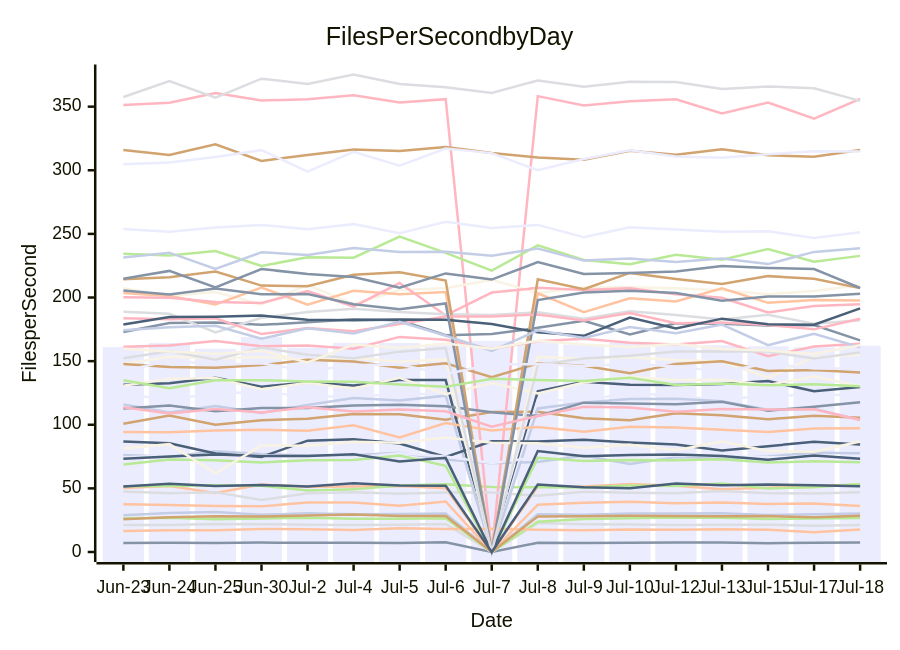
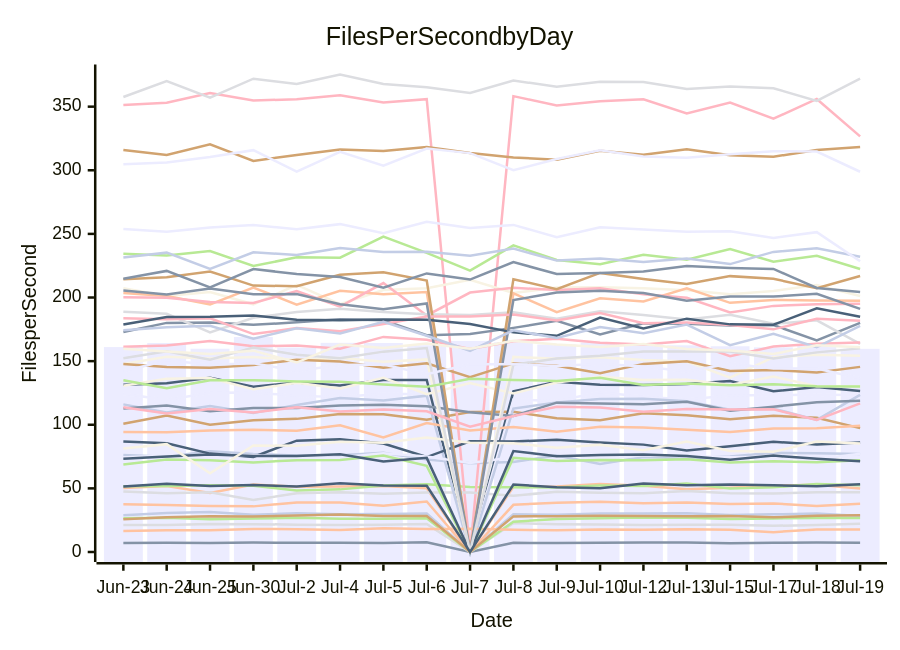
Before and after one commit to streetsidesoftware/cspell: the diagram in perf-report.md, drawn with Mermaid. The commit also changed other lines of this file and 1 other file, not shown here.

````diff
--- a/perf-report.md
+++ b/perf-report.md
@@ -10,57 +10,57 @@
 ```mermaid
 xychart-beta
     title Files Per Second by Day
     y-axis Files per Second
-    x-axis Date [Jun-23, Jun-24, Jun-25, Jun-30, Jul-2, Jul-4, Jul-5, Jul-6, Jul-7, Jul-8, Jul-9, Jul-10, Jul-12, Jul-13, Jul-15, Jul-17, Jul-18]
-    bar [161.06, 164.28, 159.75, 168.95, 160.66, 164.38, 164.27, 162.48, 165.90, 164.83, 163.05, 164.68, 163.19, 162.43, 161.66, 160.81, 162.11]
-    line [7.12, 7.22, 7.17, 7.37, 7.23, 7.36, 6.99, 7.61, 0.00, 7.24, 7.01, 7.27, 7.49, 7.49, 6.93, 7.35, 7.41]
-    line [50.23, 51.87, 46.40, 53.06, 51.19, 51.40, 51.86, 50.10, 0.00, 51.21, 51.39, 53.37, 51.98, 49.24, 50.53, 52.10, 52.76]
-    line [21.30, 21.15, 22.00, 21.90, 21.51, 21.13, 21.43, 22.00, 0.00, 22.72, 21.87, 21.57, 21.20, 21.36, 21.51, 20.58, 21.30]
-    line [51.73, 51.82, 52.39, 52.00, 48.43, 49.22, 52.34, 53.26, 51.10, 50.86, 50.66, 52.36, 51.79, 53.82, 50.00, 50.85, 53.53]
-    line [100.84, 107.27, 100.09, 103.62, 104.63, 108.43, 108.27, 103.96, 110.08, 110.20, 105.06, 103.60, 109.02, 107.38, 104.33, 107.04, 105.42]
-    line [76.22, 74.88, 79.14, 76.99, 75.88, 76.09, 78.08, 72.78, 69.82, 70.79, 75.77, 69.10, 74.66, 73.66, 75.08, 77.97, 77.53]
-    line [351.35, 353.13, 360.69, 354.83, 355.80, 359.03, 353.22, 355.88, 0.00, 358.26, 350.93, 354.34, 355.82, 344.62, 353.27, 340.52, 356.06]
-    line [131.39, 132.60, 136.92, 129.95, 133.16, 130.87, 135.23, 135.13, 0.00, 126.22, 133.87, 131.35, 131.34, 131.95, 134.40, 126.35, 129.62]
-    line [207.28, 201.26, 204.34, 194.65, 210.00, 194.85, 205.89, 207.36, 213.92, 203.52, 207.94, 208.03, 207.20, 205.62, 202.63, 205.11, 209.83]
-    line [124.29, 119.55, 125.16, 125.39, 122.70, 121.73, 124.30, 123.97, 0.00, 119.80, 118.70, 125.49, 121.97, 119.76, 122.93, 123.39, 123.52]
-    line [172.84, 180.05, 180.38, 178.52, 180.47, 182.90, 182.10, 170.31, 171.39, 176.15, 181.65, 170.98, 179.72, 179.37, 178.07, 178.35, 166.36]
-    line [203.46, 201.26, 194.60, 207.89, 194.40, 205.29, 202.49, 204.26, 0.00, 203.31, 188.55, 199.47, 196.87, 207.15, 195.83, 198.09, 197.68]
-    line [47.61, 46.18, 46.86, 40.79, 46.17, 47.03, 45.86, 46.70, 46.74, 44.23, 47.36, 46.58, 46.27, 47.99, 46.18, 45.89, 46.88]
-    line [26.60, 26.95, 25.71, 26.35, 26.84, 26.11, 26.06, 26.52, 0.00, 23.76, 25.86, 26.61, 27.13, 26.83, 25.90, 26.40, 26.69]
-    line [316.02, 312.10, 320.45, 307.34, 312.08, 316.35, 315.20, 318.22, 313.66, 310.11, 308.24, 315.35, 312.26, 316.54, 311.74, 310.63, 315.98]
-    line [116.01, 109.65, 114.81, 109.29, 115.47, 121.09, 119.06, 122.86, 0.00, 112.77, 117.49, 120.30, 120.41, 118.48, 111.84, 112.66, 103.82]
-    line [200.19, 199.73, 196.39, 195.67, 205.11, 192.90, 211.35, 185.93, 203.88, 207.58, 205.87, 207.35, 202.66, 199.84, 188.27, 193.42, 194.63]
-    line [86.88, 85.49, 77.34, 74.76, 87.51, 88.59, 85.26, 74.62, 86.95, 86.80, 88.24, 86.00, 84.39, 79.74, 83.17, 86.61, 84.55]
-    line [130.59, 136.24, 136.67, 127.99, 132.91, 128.52, 136.97, 123.97, 132.77, 124.67, 133.15, 137.66, 135.26, 135.39, 131.25, 137.83, 130.35]
-    line [74.26, 76.13, 73.45, 76.23, 74.07, 74.35, 77.62, 75.07, 70.03, 74.46, 78.13, 73.01, 75.98, 75.26, 74.39, 74.57, 72.87]
-    line [112.71, 115.12, 110.67, 113.20, 113.18, 115.07, 115.63, 114.45, 109.79, 106.87, 117.37, 116.66, 116.21, 118.14, 111.02, 114.16, 117.75]
-    line [94.35, 94.02, 95.44, 96.15, 95.34, 99.55, 90.07, 101.41, 95.54, 98.21, 94.52, 98.50, 97.78, 96.17, 94.33, 97.04, 97.24]
-    line [188.80, 187.17, 172.53, 184.06, 188.67, 191.18, 188.53, 186.82, 186.30, 188.38, 183.25, 189.14, 186.31, 182.67, 186.39, 179.31, 182.07]
-    line [234.34, 233.01, 236.58, 224.78, 231.59, 231.28, 247.94, 235.03, 221.17, 240.95, 229.51, 226.18, 233.66, 229.73, 238.10, 228.16, 232.72]
-    line [214.37, 216.02, 220.47, 209.37, 208.94, 217.94, 219.88, 213.33, 0.00, 214.36, 206.61, 219.33, 214.62, 210.58, 216.81, 214.69, 207.39]
-    line [28.80, 30.64, 31.41, 29.25, 30.37, 29.62, 29.89, 30.35, 0.00, 29.68, 29.34, 30.24, 30.35, 30.53, 29.15, 29.59, 30.29]
-    line [183.71, 182.95, 183.62, 171.28, 176.05, 173.54, 179.14, 185.15, 184.99, 186.71, 181.92, 187.82, 179.82, 180.43, 178.37, 174.98, 183.26]
-    line [178.80, 184.67, 184.84, 185.79, 182.56, 182.17, 182.82, 182.50, 179.12, 172.62, 169.88, 184.28, 175.71, 183.39, 178.90, 178.60, 191.51]
-    line [147.83, 153.51, 152.15, 153.26, 150.82, 152.56, 149.61, 151.37, 0.00, 153.34, 151.79, 153.10, 150.91, 149.71, 136.98, 153.14, 154.96]
-    line [304.83, 306.07, 310.41, 315.81, 298.93, 314.56, 303.69, 317.11, 313.48, 300.01, 308.91, 315.76, 310.85, 309.84, 312.53, 315.03, 314.69]
-    line [214.79, 220.92, 207.92, 222.39, 218.49, 216.06, 207.77, 218.95, 214.11, 227.80, 218.56, 219.23, 220.42, 224.78, 223.29, 222.43, 207.49]
-    line [16.59, 17.11, 17.00, 18.16, 17.94, 17.30, 18.64, 18.07, 18.36, 17.45, 17.16, 17.77, 17.48, 17.96, 17.52, 15.60, 17.77]
-    line [357.60, 370.08, 357.07, 371.96, 367.90, 375.27, 367.85, 365.20, 360.83, 370.59, 365.59, 369.56, 369.35, 363.79, 365.85, 364.51, 354.54]
-    line [68.82, 72.77, 72.13, 70.38, 72.17, 72.40, 75.76, 67.72, 0.00, 74.05, 71.58, 72.37, 72.08, 72.80, 70.30, 71.38, 70.52]
-    line [147.78, 145.47, 144.87, 146.87, 151.06, 149.73, 144.88, 148.36, 137.35, 148.23, 146.43, 140.41, 147.84, 149.86, 142.29, 143.07, 141.02]
-    line [231.36, 235.26, 222.40, 235.59, 233.45, 238.97, 235.75, 235.89, 232.86, 238.48, 229.00, 230.57, 227.85, 230.59, 226.26, 235.84, 238.63]
-    line [161.29, 162.24, 165.87, 161.72, 162.26, 159.82, 169.05, 166.75, 159.60, 165.64, 167.61, 164.48, 163.07, 165.84, 153.93, 161.48, 163.65]
-    line [73.34, 75.14, 76.59, 75.51, 75.45, 76.79, 71.21, 73.99, 0.00, 79.33, 75.23, 76.27, 76.63, 75.41, 72.48, 75.77, 73.22]
-    line [81.29, 84.76, 61.88, 83.73, 83.48, 86.69, 85.83, 89.91, 85.92, 85.41, 81.93, 84.31, 79.99, 86.85, 79.35, 78.74, 86.89]
-    line [253.77, 251.67, 255.05, 257.07, 253.64, 257.67, 250.47, 259.54, 254.67, 257.07, 247.35, 255.25, 253.55, 251.59, 252.00, 246.87, 251.37]
-    line [205.60, 202.43, 207.02, 202.54, 202.72, 194.67, 190.86, 195.33, 0.00, 197.97, 203.94, 205.22, 203.61, 197.40, 200.74, 200.72, 202.94]
-    line [37.48, 36.99, 36.10, 35.86, 38.94, 38.99, 36.38, 39.71, 0.00, 37.09, 38.73, 39.43, 38.35, 38.90, 37.77, 38.11, 36.22]
-    line [152.29, 157.67, 151.07, 160.69, 154.94, 152.23, 157.47, 160.32, 0.00, 147.14, 152.12, 154.25, 157.55, 157.57, 157.54, 152.05, 156.89]
-    line [135.01, 128.78, 135.00, 135.05, 134.05, 133.73, 131.56, 129.78, 136.12, 135.18, 134.44, 136.88, 131.27, 132.43, 131.04, 131.83, 130.19]
-    line [25.82, 27.29, 28.03, 27.82, 28.74, 29.48, 28.36, 28.34, 0.00, 27.98, 28.10, 28.43, 28.38, 28.02, 28.20, 27.23, 28.58]
-    line [174.24, 176.57, 177.80, 167.68, 175.75, 171.75, 180.95, 169.97, 158.13, 174.21, 168.28, 176.77, 172.02, 178.72, 162.59, 171.56, 160.94]
-    line [113.71, 108.86, 112.34, 109.73, 113.68, 110.37, 111.97, 110.64, 98.54, 106.95, 114.12, 113.53, 110.15, 112.38, 111.90, 112.10, 103.78]
-    line [51.44, 53.68, 51.84, 52.69, 51.50, 53.98, 52.25, 52.09, 0.00, 53.03, 50.88, 50.01, 53.83, 52.41, 53.08, 52.40, 51.77]
-    line [159.81, 157.56, 155.70, 158.25, 148.90, 163.02, 160.27, 163.84, 159.78, 166.09, 162.99, 161.12, 163.50, 159.47, 158.31, 155.54, 162.49]
-    line [141.81, 150.65, 147.20, 148.34, 142.33, 146.88, 147.38, 139.67, 147.57, 147.61, 146.15, 148.02, 145.81, 141.78, 148.18, 144.29, 144.20]
+    x-axis Date [Jun-23, Jun-24, Jun-25, Jun-30, Jul-2, Jul-4, Jul-5, Jul-6, Jul-7, Jul-8, Jul-9, Jul-10, Jul-12, Jul-13, Jul-15, Jul-17, Jul-18, Jul-19]
+    bar [161.06, 164.28, 159.75, 168.95, 160.66, 164.38, 164.27, 162.48, 165.90, 164.83, 163.05, 164.68, 163.19, 162.43, 161.66, 160.81, 162.11, 159.68]
+    line [7.12, 7.22, 7.17, 7.37, 7.23, 7.36, 6.99, 7.61, 0.00, 7.24, 7.01, 7.27, 7.49, 7.49, 6.93, 7.35, 7.41, 7.36]
+    line [50.23, 51.87, 46.40, 53.06, 51.19, 51.40, 51.86, 50.10, 0.00, 51.21, 51.39, 53.37, 51.98, 49.24, 50.53, 52.10, 52.76, 49.90]
+    line [21.30, 21.15, 22.00, 21.90, 21.51, 21.13, 21.43, 22.00, 0.00, 22.72, 21.87, 21.57, 21.20, 21.36, 21.51, 20.58, 21.30, 22.11]
+    line [51.73, 51.82, 52.39, 52.00, 48.43, 49.22, 52.34, 53.26, 51.10, 50.86, 50.66, 52.36, 51.79, 53.82, 50.00, 50.85, 53.53, 52.45]
+    line [100.84, 107.27, 100.09, 103.62, 104.63, 108.43, 108.27, 103.96, 110.08, 110.20, 105.06, 103.60, 109.02, 107.38, 104.33, 107.04, 105.42, 97.37]
+    line [76.22, 74.88, 79.14, 76.99, 75.88, 76.09, 78.08, 72.78, 69.82, 70.79, 75.77, 69.10, 74.66, 73.66, 75.08, 77.97, 77.53, 76.99]
+    line [351.35, 353.13, 360.69, 354.83, 355.80, 359.03, 353.22, 355.88, 0.00, 358.26, 350.93, 354.34, 355.82, 344.62, 353.27, 340.52, 356.06, 326.60]
+    line [131.39, 132.60, 136.92, 129.95, 133.16, 130.87, 135.23, 135.13, 0.00, 126.22, 133.87, 131.35, 131.34, 131.95, 134.40, 126.35, 129.62, 126.56]
+    line [207.28, 201.26, 204.34, 194.65, 210.00, 194.85, 205.89, 207.36, 213.92, 203.52, 207.94, 208.03, 207.20, 205.62, 202.63, 205.11, 209.83, 201.25]
+    line [124.29, 119.55, 125.16, 125.39, 122.70, 121.73, 124.30, 123.97, 0.00, 119.80, 118.70, 125.49, 121.97, 119.76, 122.93, 123.39, 123.52, 123.39]
+    line [172.84, 180.05, 180.38, 178.52, 180.47, 182.90, 182.10, 170.31, 171.39, 176.15, 181.65, 170.98, 179.72, 179.37, 178.07, 178.35, 166.36, 180.02]
+    line [203.46, 201.26, 194.60, 207.89, 194.40, 205.29, 202.49, 204.26, 0.00, 203.31, 188.55, 199.47, 196.87, 207.15, 195.83, 198.09, 197.68, 197.42]
+    line [47.61, 46.18, 46.86, 40.79, 46.17, 47.03, 45.86, 46.70, 46.74, 44.23, 47.36, 46.58, 46.27, 47.99, 46.18, 45.89, 46.88, 46.98]
+    line [26.60, 26.95, 25.71, 26.35, 26.84, 26.11, 26.06, 26.52, 0.00, 23.76, 25.86, 26.61, 27.13, 26.83, 25.90, 26.40, 26.69, 26.71]
+    line [316.02, 312.10, 320.45, 307.34, 312.08, 316.35, 315.20, 318.22, 313.66, 310.11, 308.24, 315.35, 312.26, 316.54, 311.74, 310.63, 315.98, 318.36]
+    line [116.01, 109.65, 114.81, 109.29, 115.47, 121.09, 119.06, 122.86, 0.00, 112.77, 117.49, 120.30, 120.41, 118.48, 111.84, 112.66, 103.82, 123.47]
+    line [200.19, 199.73, 196.39, 195.67, 205.11, 192.90, 211.35, 185.93, 203.88, 207.58, 205.87, 207.35, 202.66, 199.84, 188.27, 193.42, 194.63, 195.19]
+    line [86.88, 85.49, 77.34, 74.76, 87.51, 88.59, 85.26, 74.62, 86.95, 86.80, 88.24, 86.00, 84.39, 79.74, 83.17, 86.61, 84.55, 86.02]
+    line [130.59, 136.24, 136.67, 127.99, 132.91, 128.52, 136.97, 123.97, 132.77, 124.67, 133.15, 137.66, 135.26, 135.39, 131.25, 137.83, 130.35, 130.20]
+    line [74.26, 76.13, 73.45, 76.23, 74.07, 74.35, 77.62, 75.07, 70.03, 74.46, 78.13, 73.01, 75.98, 75.26, 74.39, 74.57, 72.87, 77.29]
+    line [112.71, 115.12, 110.67, 113.20, 113.18, 115.07, 115.63, 114.45, 109.79, 106.87, 117.37, 116.66, 116.21, 118.14, 111.02, 114.16, 117.75, 118.94]
+    line [94.35, 94.02, 95.44, 96.15, 95.34, 99.55, 90.07, 101.41, 95.54, 98.21, 94.52, 98.50, 97.78, 96.17, 94.33, 97.04, 97.24, 99.19]
+    line [188.80, 187.17, 172.53, 184.06, 188.67, 191.18, 188.53, 186.82, 186.30, 188.38, 183.25, 189.14, 186.31, 182.67, 186.39, 179.31, 182.07, 163.63]
+    line [234.34, 233.01, 236.58, 224.78, 231.59, 231.28, 247.94, 235.03, 221.17, 240.95, 229.51, 226.18, 233.66, 229.73, 238.10, 228.16, 232.72, 222.45]
+    line [214.37, 216.02, 220.47, 209.37, 208.94, 217.94, 219.88, 213.33, 0.00, 214.36, 206.61, 219.33, 214.62, 210.58, 216.81, 214.69, 207.39, 216.87]
+    line [28.80, 30.64, 31.41, 29.25, 30.37, 29.62, 29.89, 30.35, 0.00, 29.68, 29.34, 30.24, 30.35, 30.53, 29.15, 29.59, 30.29, 28.39]
+    line [183.71, 182.95, 183.62, 171.28, 176.05, 173.54, 179.14, 185.15, 184.99, 186.71, 181.92, 187.82, 179.82, 180.43, 178.37, 174.98, 183.26, 181.75]
+    line [178.80, 184.67, 184.84, 185.79, 182.56, 182.17, 182.82, 182.50, 179.12, 172.62, 169.88, 184.28, 175.71, 183.39, 178.90, 178.60, 191.51, 184.82]
+    line [147.83, 153.51, 152.15, 153.26, 150.82, 152.56, 149.61, 151.37, 0.00, 153.34, 151.79, 153.10, 150.91, 149.71, 136.98, 153.14, 154.96, 154.20]
+    line [304.83, 306.07, 310.41, 315.81, 298.93, 314.56, 303.69, 317.11, 313.48, 300.01, 308.91, 315.76, 310.85, 309.84, 312.53, 315.03, 314.69, 298.84]
+    line [214.79, 220.92, 207.92, 222.39, 218.49, 216.06, 207.77, 218.95, 214.11, 227.80, 218.56, 219.23, 220.42, 224.78, 223.29, 222.43, 207.49, 204.37]
+    line [16.59, 17.11, 17.00, 18.16, 17.94, 17.30, 18.64, 18.07, 18.36, 17.45, 17.16, 17.77, 17.48, 17.96, 17.52, 15.60, 17.77, 17.62]
+    line [357.60, 370.08, 357.07, 371.96, 367.90, 375.27, 367.85, 365.20, 360.83, 370.59, 365.59, 369.56, 369.35, 363.79, 365.85, 364.51, 354.54, 371.95]
+    line [68.82, 72.77, 72.13, 70.38, 72.17, 72.40, 75.76, 67.72, 0.00, 74.05, 71.58, 72.37, 72.08, 72.80, 70.30, 71.38, 70.52, 72.10]
+    line [147.78, 145.47, 144.87, 146.87, 151.06, 149.73, 144.88, 148.36, 137.35, 148.23, 146.43, 140.41, 147.84, 149.86, 142.29, 143.07, 141.02, 145.49]
+    line [231.36, 235.26, 222.40, 235.59, 233.45, 238.97, 235.75, 235.89, 232.86, 238.48, 229.00, 230.57, 227.85, 230.59, 226.26, 235.84, 238.63, 232.07]
+    line [161.29, 162.24, 165.87, 161.72, 162.26, 159.82, 169.05, 166.75, 159.60, 165.64, 167.61, 164.48, 163.07, 165.84, 153.93, 161.48, 163.65, 164.56]
+    line [73.34, 75.14, 76.59, 75.51, 75.45, 76.79, 71.21, 73.99, 0.00, 79.33, 75.23, 76.27, 76.63, 75.41, 72.48, 75.77, 73.22, 71.33]
+    line [81.29, 84.76, 61.88, 83.73, 83.48, 86.69, 85.83, 89.91, 85.92, 85.41, 81.93, 84.31, 79.99, 86.85, 79.35, 78.74, 86.89, 85.18]
+    line [253.77, 251.67, 255.05, 257.07, 253.64, 257.67, 250.47, 259.54, 254.67, 257.07, 247.35, 255.25, 253.55, 251.59, 252.00, 246.87, 251.37, 228.56]
+    line [205.60, 202.43, 207.02, 202.54, 202.72, 194.67, 190.86, 195.33, 0.00, 197.97, 203.94, 205.22, 203.61, 197.40, 200.74, 200.72, 202.94, 191.10]
+    line [37.48, 36.99, 36.10, 35.86, 38.94, 38.99, 36.38, 39.71, 0.00, 37.09, 38.73, 39.43, 38.35, 38.90, 37.77, 38.11, 36.22, 37.89]
+    line [152.29, 157.67, 151.07, 160.69, 154.94, 152.23, 157.47, 160.32, 0.00, 147.14, 152.12, 154.25, 157.55, 157.57, 157.54, 152.05, 156.89, 160.03]
+    line [135.01, 128.78, 135.00, 135.05, 134.05, 133.73, 131.56, 129.78, 136.12, 135.18, 134.44, 136.88, 131.27, 132.43, 131.04, 131.83, 130.19, 130.13]
+    line [25.82, 27.29, 28.03, 27.82, 28.74, 29.48, 28.36, 28.34, 0.00, 27.98, 28.10, 28.43, 28.38, 28.02, 28.20, 27.23, 28.58, 28.94]
+    line [174.24, 176.57, 177.80, 167.68, 175.75, 171.75, 180.95, 169.97, 158.13, 174.21, 168.28, 176.77, 172.02, 178.72, 162.59, 171.56, 160.94, 177.74]
+    line [113.71, 108.86, 112.34, 109.73, 113.68, 110.37, 111.97, 110.64, 98.54, 106.95, 114.12, 113.53, 110.15, 112.38, 111.90, 112.10, 103.78, 116.82]
+    line [51.44, 53.68, 51.84, 52.69, 51.50, 53.98, 52.25, 52.09, 0.00, 53.03, 50.88, 50.01, 53.83, 52.41, 53.08, 52.40, 51.77, 53.20]
+    line [159.81, 157.56, 155.70, 158.25, 148.90, 163.02, 160.27, 163.84, 159.78, 166.09, 162.99, 161.12, 163.50, 159.47, 158.31, 155.54, 162.49, 160.91]
+    line [141.81, 150.65, 147.20, 148.34, 142.33, 146.88, 147.38, 139.67, 147.57, 147.61, 146.15, 148.02, 145.81, 141.78, 148.18, 144.29, 144.20, 136.36]
 ```
````
